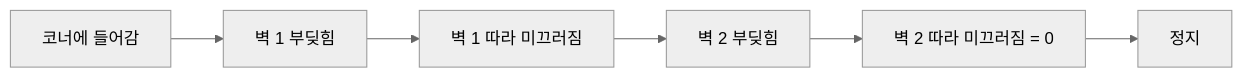
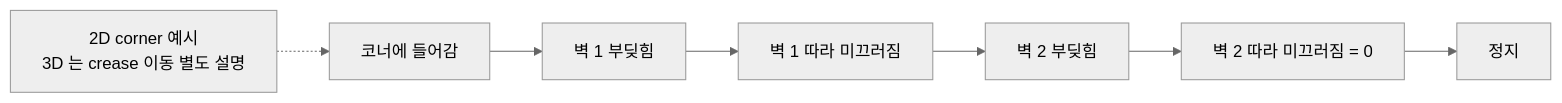
The second of 3 diagrams in physics/part14_character_controller.md (Rein-ArXiv/game-dev-curriculum), drawn with Mermaid (neutral theme) before and after one commit. The commit also changed other lines of this file and 279 other files, not shown here.

````diff
--- a/physics/part14_character_controller.md
+++ b/physics/part14_character_controller.md
@@ -271,8 +275,9 @@
 ```mermaid
 flowchart LR
     InCorner[코너에 들어감] --> Hit1[벽 1 부딪힘]
     Hit1 --> Slide1[벽 1 따라 미끄러짐]
     Slide1 --> Hit2[벽 2 부딪힘]
     Hit2 --> Slide2[벽 2 따라 미끄러짐 = 0]
     Slide2 --> Stop[정지]
+    Note[2D corner 예시<br/>3D 는 crease 이동 별도 설명] -.-> InCorner
 ```
````
